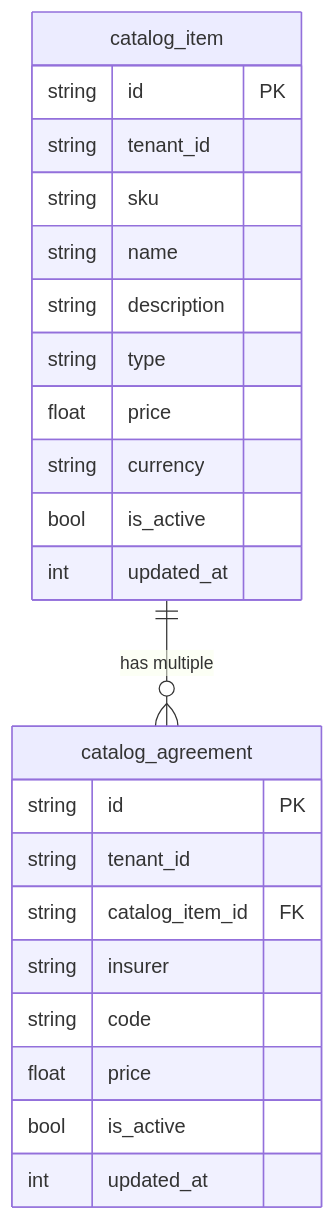
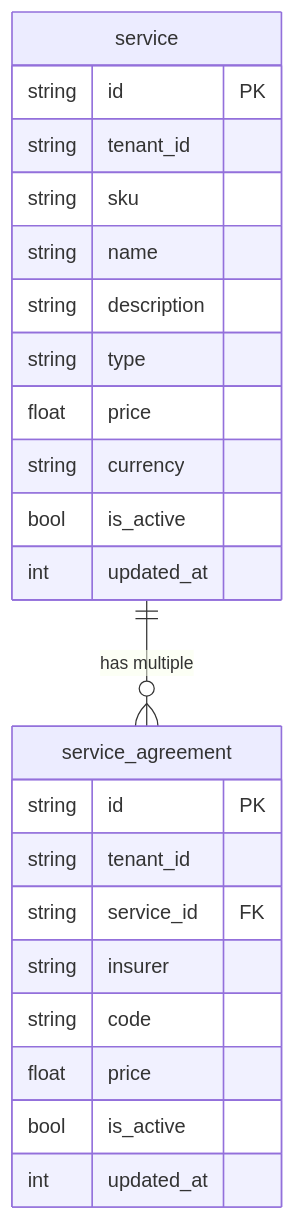
The diagram in docs/diagrams/database.md (veltylabs/item_catalog), drawn with Mermaid before and after one commit. The commit also changed 30 other files, not shown here.

Commit message:
feat!: rename item_catalog to service_catalog and remove product type\n\n- Renamed module, package and entities from item_catalog to service_catalog.\n- Removed ItemTypeProduct and ItemTypeService entirely.\n- Added tax_treatment field to Service model.

````diff
--- a/docs/diagrams/database.md
+++ b/docs/diagrams/database.md
@@ -3,28 +3,28 @@
 ```mermaid
 erDiagram
-    catalog_item {
+    service {
         string id PK
         string tenant_id
         string sku
         string name
         string description
         string type
         float price
         string currency
         bool is_active
         int updated_at
     }
 
-    catalog_agreement {
+    service_agreement {
         string id PK
         string tenant_id
-        string catalog_item_id FK
+        string service_id FK
         string insurer
         string code
         float price
         bool is_active
         int updated_at
     }
 
-    catalog_item ||--o{ catalog_agreement : "has multiple"
+    service ||--o{ service_agreement : "has multiple"
 ```
````
